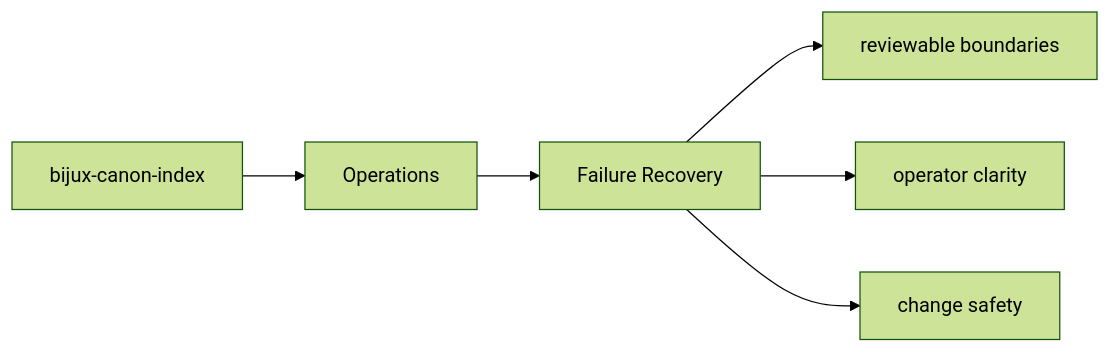
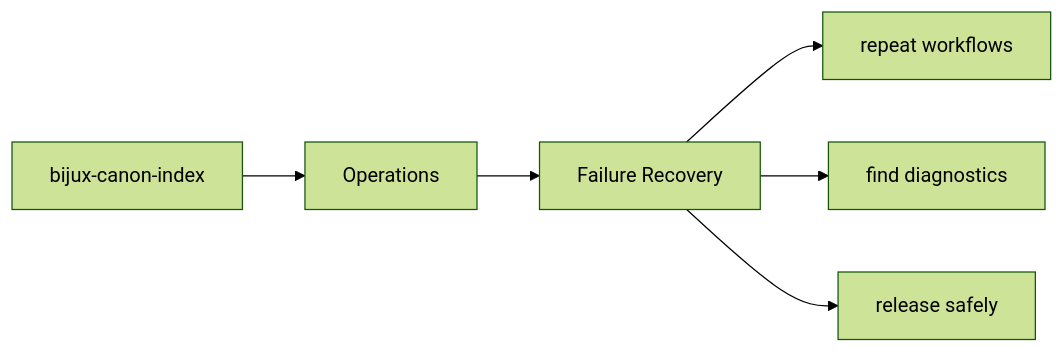
One commit to bijux/bijux-canon changed the first of 2 diagrams in docs/bijux-canon-index/operations/failure-recovery.md. Above: the diagram before and after it, drawn with Mermaid (forest theme). The commit also changed other lines of this file and 250 other files, not shown here.

Commit message:
docs(diagrams): make product page maps more readable

````diff
--- a/docs/bijux-canon-index/operations/failure-recovery.md
+++ b/docs/bijux-canon-index/operations/failure-recovery.md
@@ -22,11 +22,11 @@
 ```mermaid
 flowchart LR
     scope["bijux-canon-index"] --> section["Operations"]
     section --> page["Failure Recovery"]
-    dest1["reviewable boundaries"]
-    dest2["operator clarity"]
-    dest3["change safety"]
+    dest1["repeat workflows"]
+    dest2["find diagnostics"]
+    dest3["release safely"]
     page --> dest1
     page --> dest2
     page --> dest3
 ```
````
